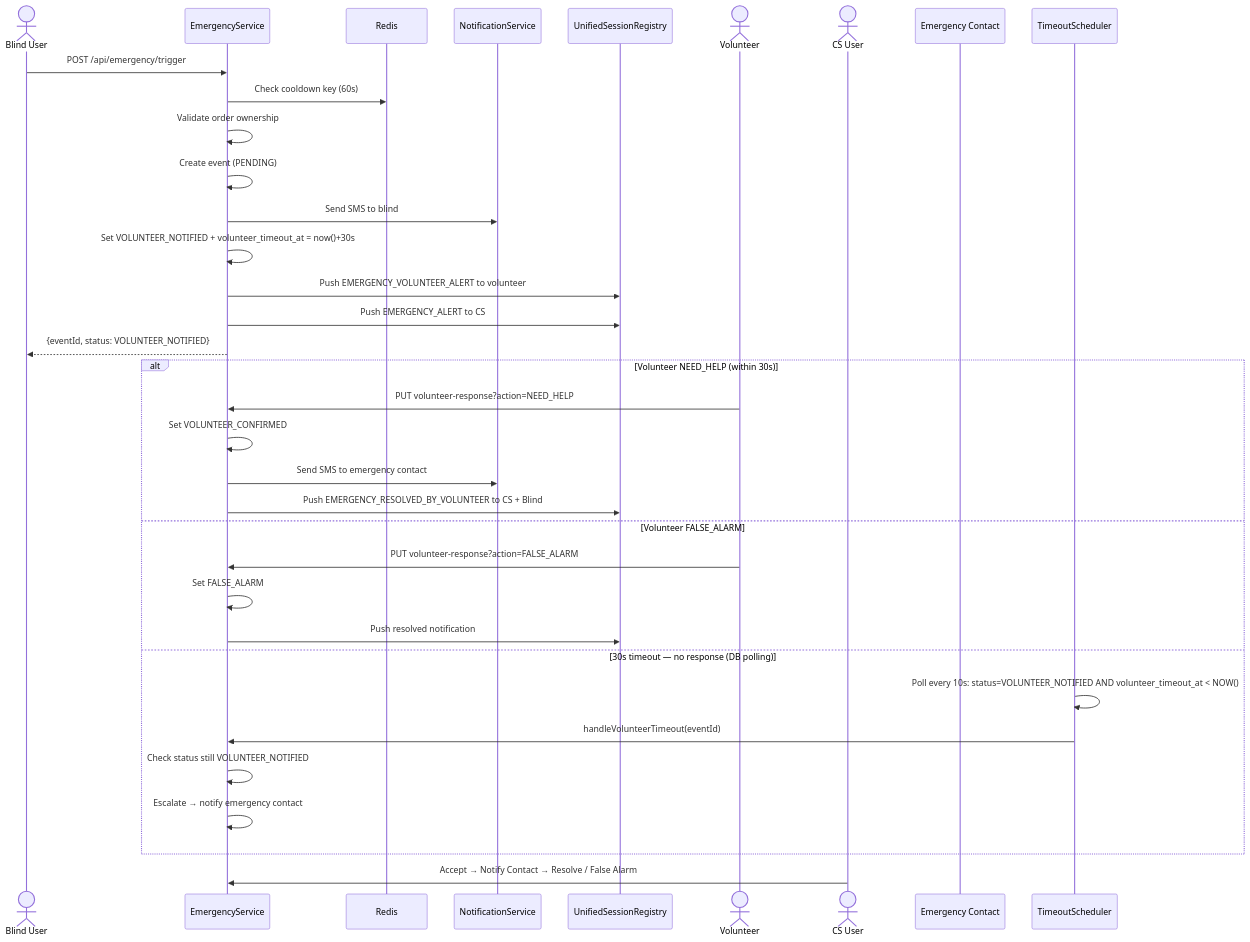
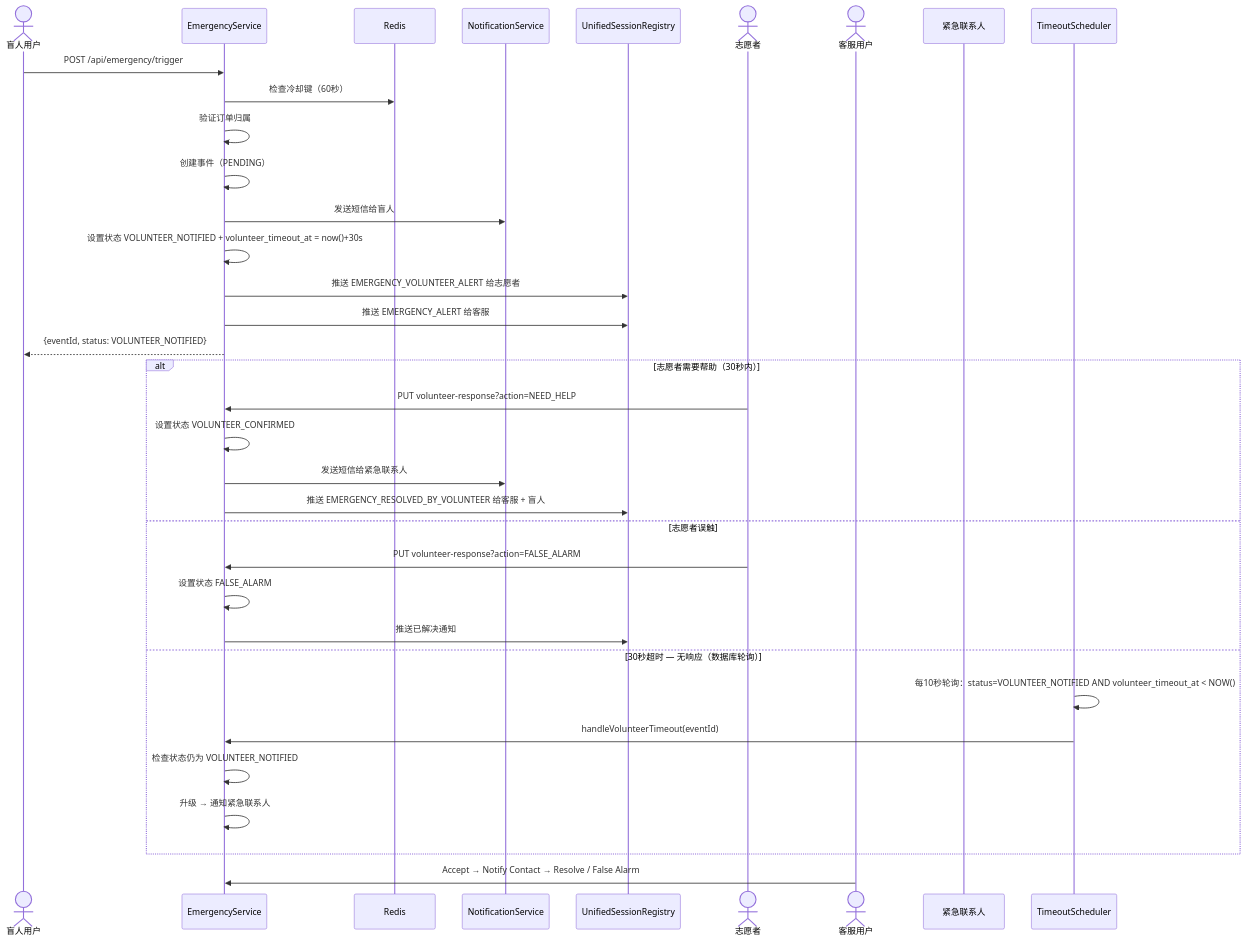
Before and after one commit to Jayden23018/blind-run-backend: the third of 10 diagrams in docs/DIAGRAMS.md, drawn with Mermaid. The commit also changed other lines of this file and 122 other files, not shown here.

````diff
--- a/docs/DIAGRAMS.md
+++ b/docs/DIAGRAMS.md
@@ -209,41 +209,41 @@
 ```mermaid
 sequenceDiagram
-    actor Blind as Blind User
+    actor Blind as 盲人用户
     participant ES as EmergencyService
     participant Redis as Redis
     participant NS as NotificationService
     participant WS as UnifiedSessionRegistry
-    actor Vol as Volunteer
-    actor CS as CS User
-    participant Contact as Emergency Contact
+    actor Vol as 志愿者
+    actor CS as 客服用户
+    participant Contact as 紧急联系人
     participant TS as TimeoutScheduler
 
     Blind->>ES: POST /api/emergency/trigger
-    ES->>Redis: Check cooldown key (60s)
-    ES->>ES: Validate order ownership
-    ES->>ES: Create event (PENDING)
+    ES->>Redis: 检查冷却键（60秒）
+    ES->>ES: 验证订单归属
+    ES->>ES: 创建事件（PENDING）
 
-    ES->>NS: Send SMS to blind
-    ES->>ES: Set VOLUNTEER_NOTIFIED + volunteer_timeout_at = now()+30s
-    ES->>WS: Push EMERGENCY_VOLUNTEER_ALERT to volunteer
-    ES->>WS: Push EMERGENCY_ALERT to CS
+    ES->>NS: 发送短信给盲人
+    ES->>ES: 设置状态 VOLUNTEER_NOTIFIED + volunteer_timeout_at = now()+30s
+    ES->>WS: 推送 EMERGENCY_VOLUNTEER_ALERT 给志愿者
+    ES->>WS: 推送 EMERGENCY_ALERT 给客服
     ES-->>Blind: {eventId, status: VOLUNTEER_NOTIFIED}
 
-    alt Volunteer NEED_HELP (within 30s)
+    alt 志愿者需要帮助（30秒内）
         Vol->>ES: PUT volunteer-response?action=NEED_HELP
-        ES->>ES: Set VOLUNTEER_CONFIRMED
-        ES->>NS: Send SMS to emergency contact
-        ES->>WS: Push EMERGENCY_RESOLVED_BY_VOLUNTEER to CS + Blind
-    else Volunteer FALSE_ALARM
+        ES->>ES: 设置状态 VOLUNTEER_CONFIRMED
+        ES->>NS: 发送短信给紧急联系人
+        ES->>WS: 推送 EMERGENCY_RESOLVED_BY_VOLUNTEER 给客服 + 盲人
+    else 志愿者误触
         Vol->>ES: PUT volunteer-response?action=FALSE_ALARM
-        ES->>ES: Set FALSE_ALARM
-        ES->>WS: Push resolved notification
-    else 30s timeout — no response (DB polling)
-        TS->>TS: Poll every 10s: status=VOLUNTEER_NOTIFIED AND volunteer_timeout_at < NOW()
+        ES->>ES: 设置状态 FALSE_ALARM
+        ES->>WS: 推送已解决通知
+    else 30秒超时 — 无响应（数据库轮询）
+        TS->>TS: 每10秒轮询：status=VOLUNTEER_NOTIFIED AND volunteer_timeout_at < NOW()
         TS->>ES: handleVolunteerTimeout(eventId)
-        ES->>ES: Check status still VOLUNTEER_NOTIFIED
-        ES->>ES: Escalate → notify emergency contact
+        ES->>ES: 检查状态仍为 VOLUNTEER_NOTIFIED
+        ES->>ES: 升级 → 通知紧急联系人
     end
 
     CS->>ES: Accept → Notify Contact → Resolve / False Alarm
 ```
````
